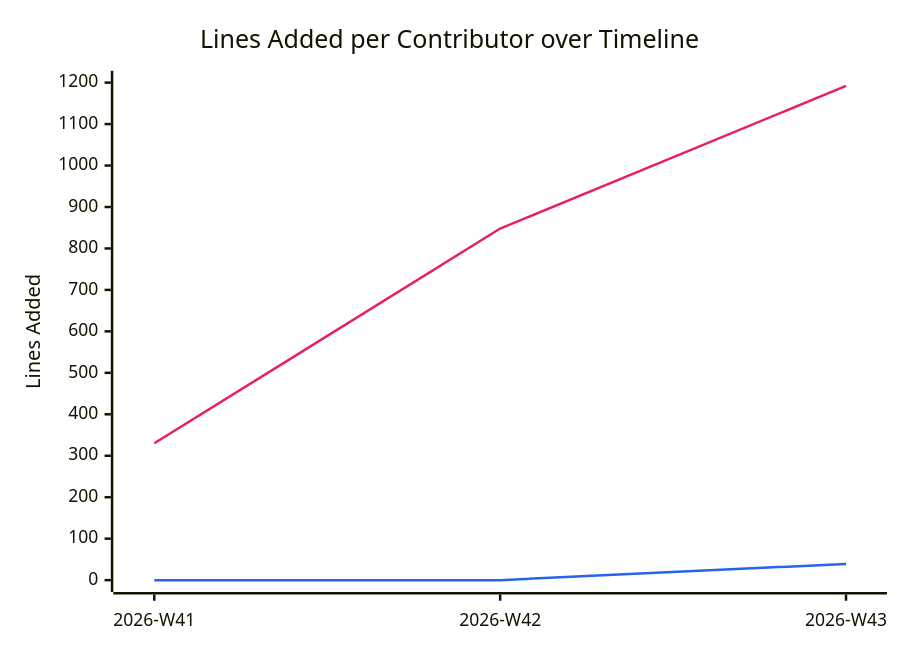
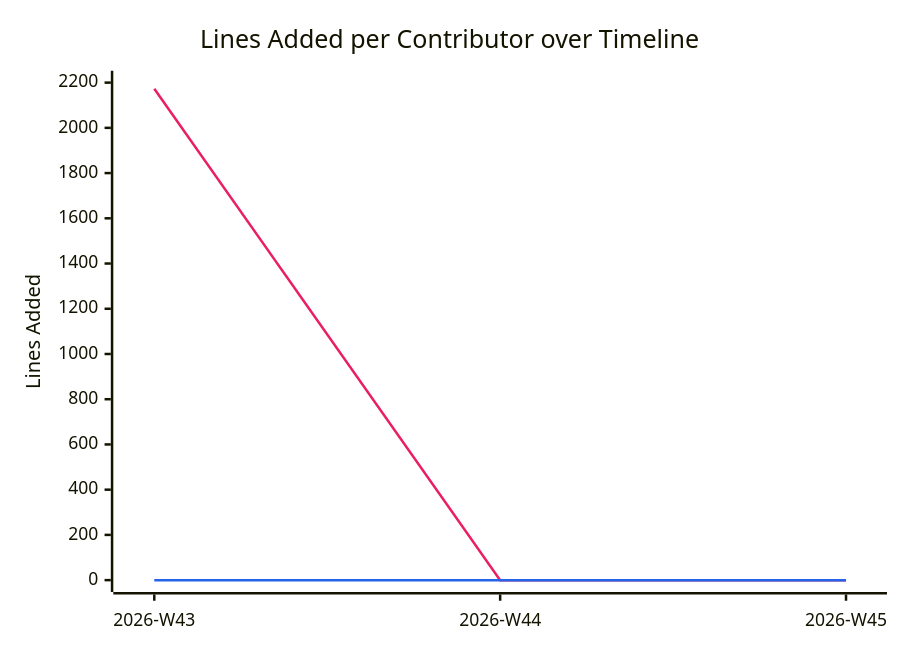
One commit to BeyondMagic/database changed the diagram in documentation/snippets/management/code-additions.mmd. Above: the diagram before and after it, drawn with Mermaid. The commit also changed 2 other files, not shown here.

```diff
--- a/documentation/snippets/management/code-additions.mmd
+++ b/documentation/snippets/management/code-additions.mmd
@@ -1,7 +1,7 @@
 %%{init: {"themeVariables": {"xyChart": {"plotColorPalette": "#e91e63, #2563eb"}}}}%%
 xychart-beta
     title "Lines Added per Contributor over Timeline"
-    x-axis ["2026-W41", "2026-W42", "2026-W43"]
-    y-axis "Lines Added" 0 --> 1200
-    line [330, 848, 1192]
-    line [0, 0, 39]
+    x-axis ["2026-W43", "2026-W44", "2026-W45"]
+    y-axis "Lines Added" 0 --> 2200
+    line [2173, 0, 0]
+    line [0, 0, 0]
```
